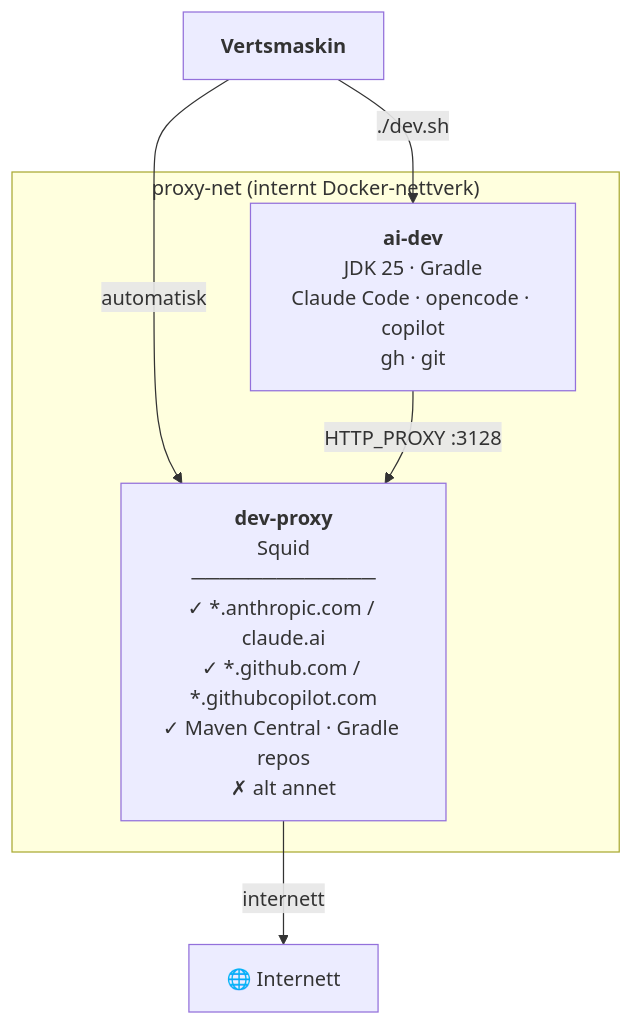
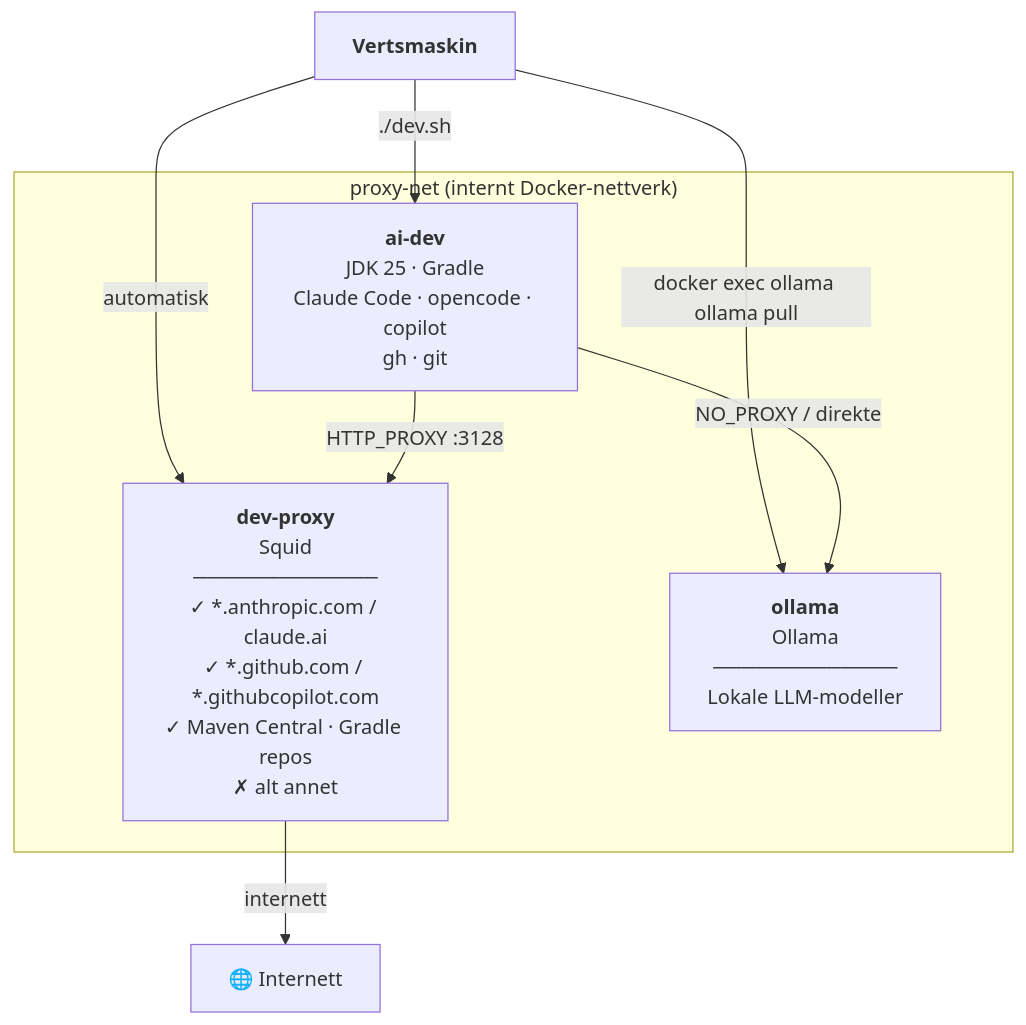
One commit to bekk/agentic-ai-tools changed the diagram in dev-sandbox/jdk-gradle/README.md. Above: the diagram before and after it, drawn with Mermaid. The commit also changed other lines of this file and 2 other files, not shown here.

First line of the commit message:
Add Ollama container support to jdk-gradle sandbox

````diff
--- a/dev-sandbox/jdk-gradle/README.md
+++ b/dev-sandbox/jdk-gradle/README.md
@@ -25,15 +25,18 @@
 ```mermaid
 graph TD
     host["<b>Vertsmaskin</b>"]
 
     host -->|"./dev.sh"| aidev
     host -->|"automatisk"| proxy
+    host -->|"docker exec ollama ollama pull"| ollama
 
     aidev -->|"HTTP_PROXY :3128"| proxy
+    aidev -->|"NO_PROXY / direkte"| ollama
     proxy -->|"internett"| internet["🌐 Internett"]
 
     subgraph proxy-net ["proxy-net (internt Docker-nettverk)"]
         aidev["<b>ai-dev</b><br/>JDK 25 · Gradle<br/>Claude Code · opencode · copilot<br/>gh · git"]
         proxy["<b>dev-proxy</b><br/>Squid<br/>─────────────<br/>✓ *.anthropic.com / claude.ai<br/>✓ *.github.com / *.githubcopilot.com<br/>✓ Maven Central · Gradle repos<br/>✗ alt annet"]
+        ollama["<b>ollama</b><br/>Ollama<br/>─────────────<br/>Lokale LLM-modeller"]
     end
 ```
````
